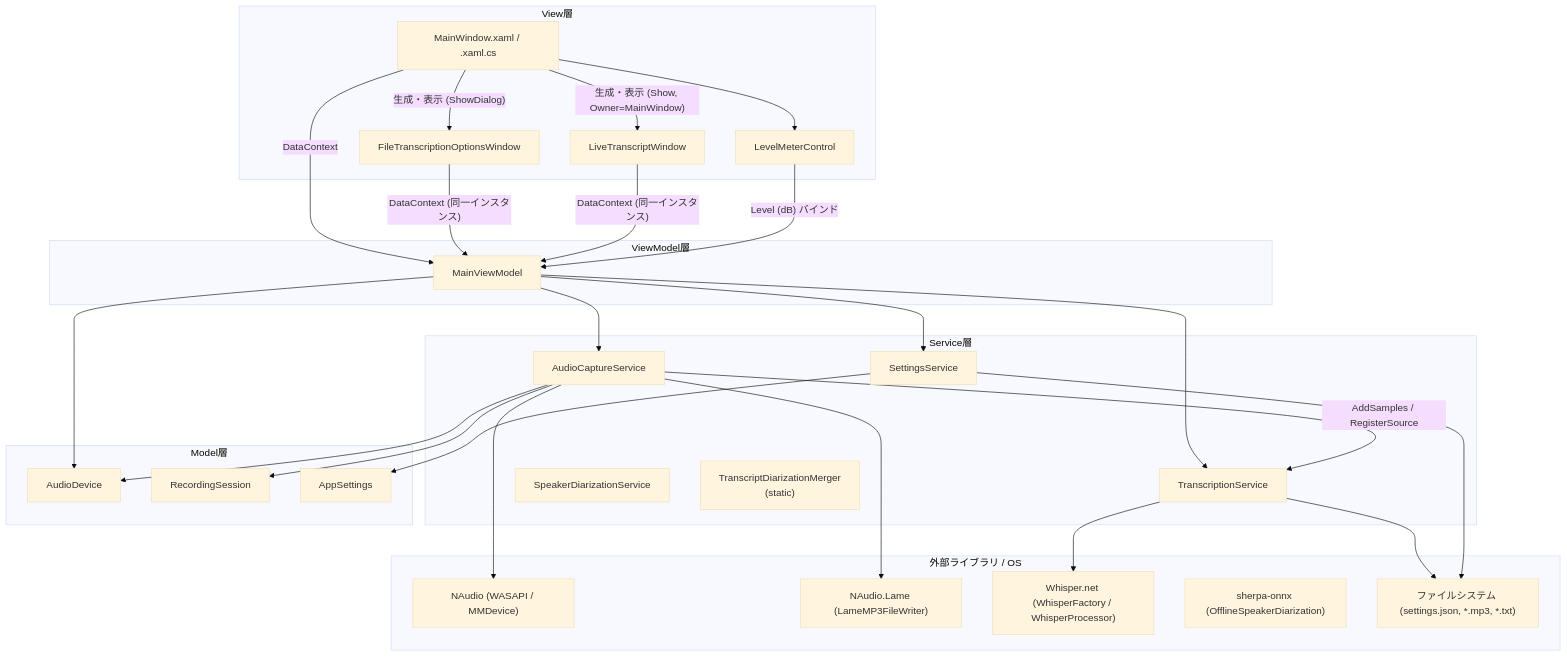
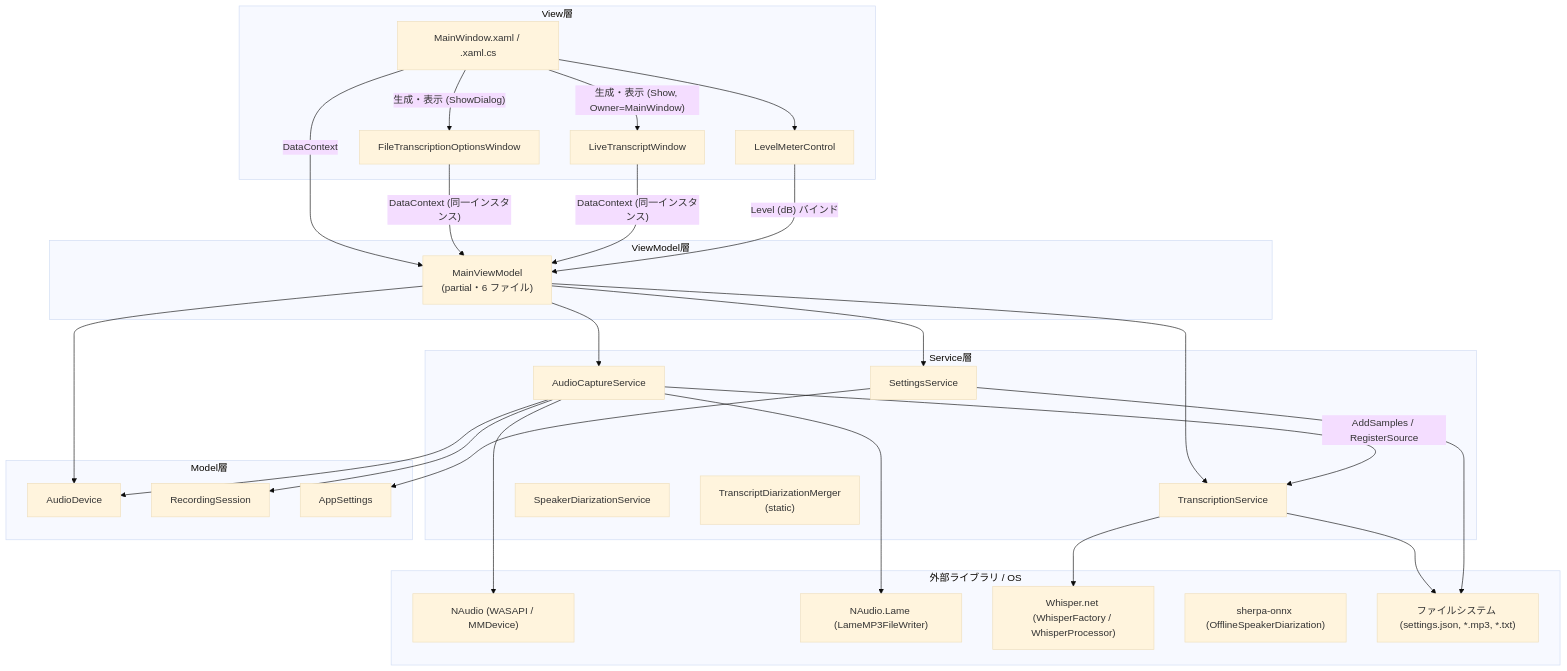
One commit to otomac/audio-capture-app changed the first of 4 diagrams in docs/spec/02_architecture.md. Above: the diagram before and after it, drawn with Mermaid (base theme). The commit also changed other lines of this file and 8 other files, not shown here.

First line of the commit message:
T156 MainViewModel を partial で機能単位のファイルに割る

````diff
--- a/docs/spec/02_architecture.md
+++ b/docs/spec/02_architecture.md
@@ -20,61 +20,62 @@
 ```mermaid
 graph TB
     subgraph View["View層"]
         MW["MainWindow.xaml / .xaml.cs"]
         FTW["FileTranscriptionOptionsWindow"]
         LTW["LiveTranscriptWindow"]
         LMC["LevelMeterControl"]
     end
 
     subgraph ViewModel["ViewModel層"]
-        MVM["MainViewModel"]
+        MVM["MainViewModel
+(partial・6 ファイル)"]
     end
 
     subgraph Service["Service層"]
         ACS["AudioCaptureService"]
         TS["TranscriptionService"]
         SDS["SpeakerDiarizationService"]
         TDM["TranscriptDiarizationMerger
 (static)"]
         SS["SettingsService"]
     end
 
     subgraph Model["Model層"]
         AD["AudioDevice"]
         RS["RecordingSession"]
         AS["AppSettings"]
     end
 
     subgraph External["外部ライブラリ / OS"]
         NAudio["NAudio (WASAPI / MMDevice)"]
         Lame["NAudio.Lame (LameMP3FileWriter)"]
         Whisper["Whisper.net (WhisperFactory / WhisperProcessor)"]
         Sherpa["sherpa-onnx (OfflineSpeakerDiarization)"]
         FS["ファイルシステム (settings.json, *.mp3, *.txt)"]
     end
 
     MW -->|"DataContext"| MVM
     MW -->|"生成・表示 (ShowDialog)"| FTW
     MW -->|"生成・表示 (Show, Owner=MainWindow)"| LTW
     FTW -->|"DataContext (同一インスタンス)"| MVM
     LTW -->|"DataContext (同一インスタンス)"| MVM
     MW --> LMC
     LMC -->|"Level (dB) バインド"| MVM
 
     MVM --> ACS
     MVM --> TS
     MVM --> SS
     MVM --> AD
 
     ACS --> RS
     ACS --> AD
     ACS -->|"AddSamples / RegisterSource"| TS
     ACS --> NAudio
     ACS --> Lame
 
     TS --> Whisper
     TS --> FS
 
     SS --> AS
     SS --> FS
 ```
````
